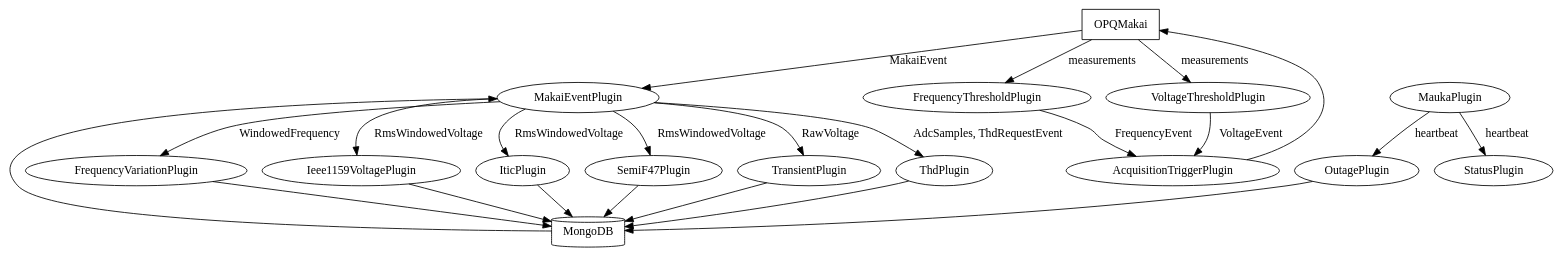
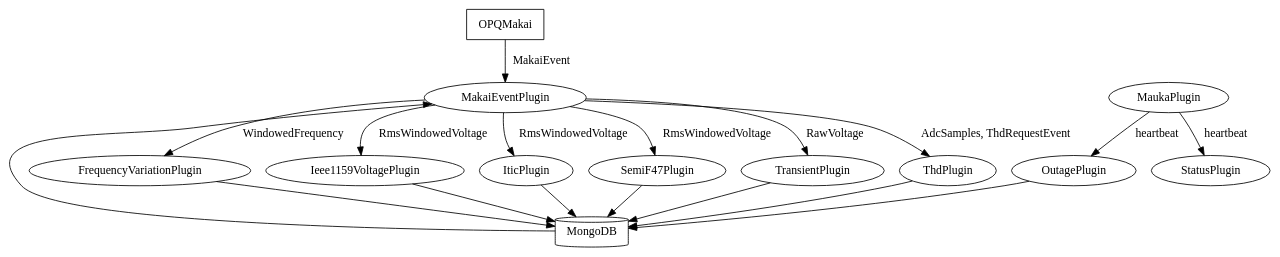
One commit to openpowerquality/opq changed the diagram in mauka/diagrams/mauka_functional_diagram.dot. Above: the diagram before and after it, drawn with Graphviz. The commit also changed 14 other files, not shown here.

```diff
--- a/mauka/diagrams/mauka_functional_diagram.dot
+++ b/mauka/diagrams/mauka_functional_diagram.dot
@@ -1,39 +1,32 @@
 digraph mauka_functional_diagram {
     // Define styles for certain nodes
     OPQMakai [shape=box];
     MongoDB [shape=cylinder];
 
     // Coming from Makai
     OPQMakai -> MakaiEventPlugin [label="MakaiEvent"]
-    OPQMakai -> FrequencyThresholdPlugin [label="measurements"]
-    OPQMakai -> VoltageThresholdPlugin [label="measurements"]
-
-    // Going back to Makai
-    FrequencyThresholdPlugin -> AcquisitionTriggerPlugin [label="FrequencyEvent"]
-    VoltageThresholdPlugin -> AcquisitionTriggerPlugin [label="VoltageEvent"]
-    AcquisitionTriggerPlugin -> OPQMakai
 
     // From MaukaPlugin
     MaukaPlugin -> OutagePlugin [label="heartbeat"]
     MaukaPlugin -> StatusPlugin [label="heartbeat"]
 
     // Coming from MakaiEventPlugin
     MakaiEventPlugin -> FrequencyVariationPlugin [label="WindowedFrequency"]
     MakaiEventPlugin -> Ieee1159VoltagePlugin [label="RmsWindowedVoltage"]
     MakaiEventPlugin -> IticPlugin [label="RmsWindowedVoltage"]
     MakaiEventPlugin -> SemiF47Plugin [label="RmsWindowedVoltage"]
     MakaiEventPlugin -> TransientPlugin [label="RawVoltage"]
     MakaiEventPlugin -> ThdPlugin [label="AdcSamples, ThdRequestEvent"]
 
     // MongoDB In
     MongoDB -> MakaiEventPlugin
 
     // MongoDB Out
     FrequencyVariationPlugin -> MongoDB
     Ieee1159VoltagePlugin -> MongoDB
     IticPlugin -> MongoDB
     SemiF47Plugin -> MongoDB
     TransientPlugin -> MongoDB
     ThdPlugin -> MongoDB
     OutagePlugin -> MongoDB
 }
```
